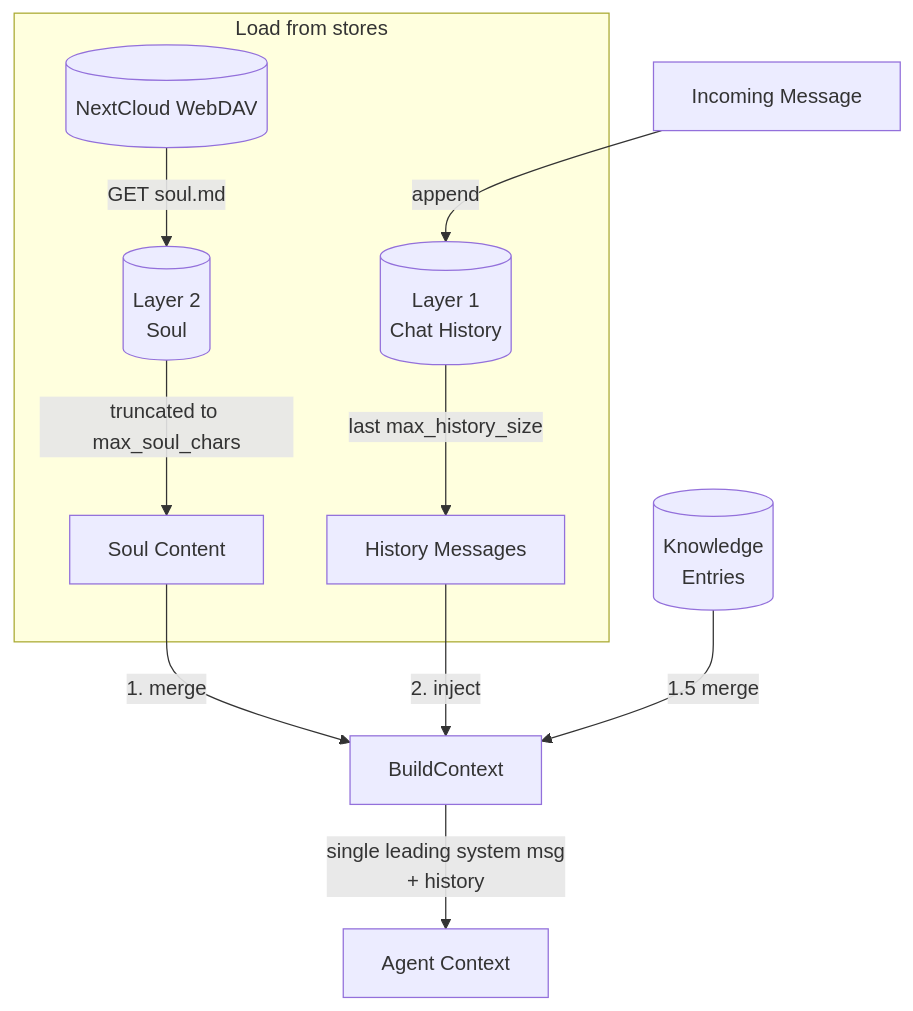
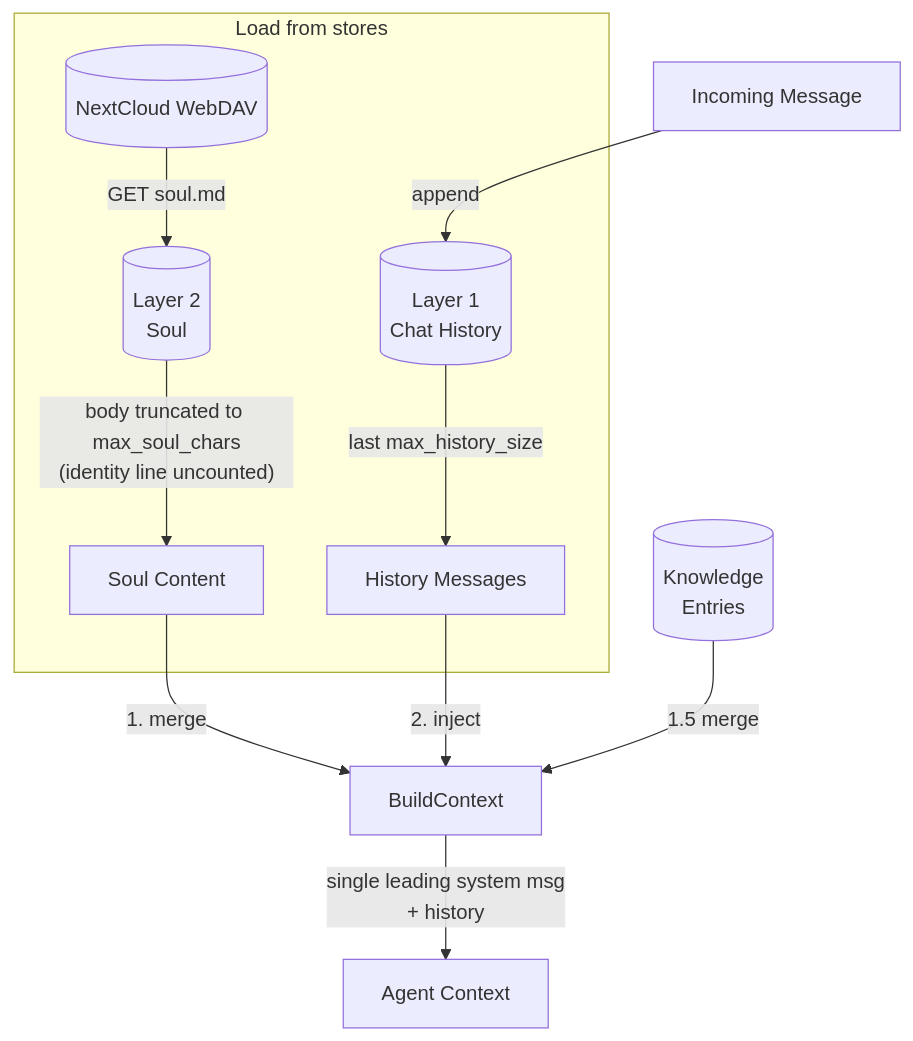
Before and after one commit to cosmoswafer/rockbot: the diagram in _dfd/memory/memory/retrieve-two-layers.md, drawn with Mermaid. The commit also changed other lines of this file and 22 other files, not shown here.

````diff
--- a/_dfd/memory/memory/retrieve-two-layers.md
+++ b/_dfd/memory/memory/retrieve-two-layers.md
@@ -11,21 +11,21 @@
 ```mermaid
 flowchart TD
     L2[(Layer 2<br/>Soul)]
     WEBDAV[(NextCloud WebDAV)]
     L1[(Layer 1<br/>Chat History)]
     KNOWLEDGE[(Knowledge<br/>Entries)]
     BUILD[BuildContext]
 
     subgraph "Load from stores"
-        L2 -->|"truncated to max_soul_chars"| SOUL_OUT[Soul Content]
+        L2 -->|"body truncated to max_soul_chars<br/>(identity line uncounted)"| SOUL_OUT[Soul Content]
         WEBDAV -->|"GET soul.md"| L2
         L1 -->|"last max_history_size"| HIST_OUT[History Messages]
     end
 
     SOUL_OUT -->|"1. merge"| BUILD
     KNOWLEDGE -->|"1.5 merge"| BUILD
     HIST_OUT -->|"2. inject"| BUILD
     BUILD -->|"single leading system msg<br/>+ history"| CONTEXT[Agent Context]
 
     MSG[Incoming Message] -->|"append"| L1
 ```
````
